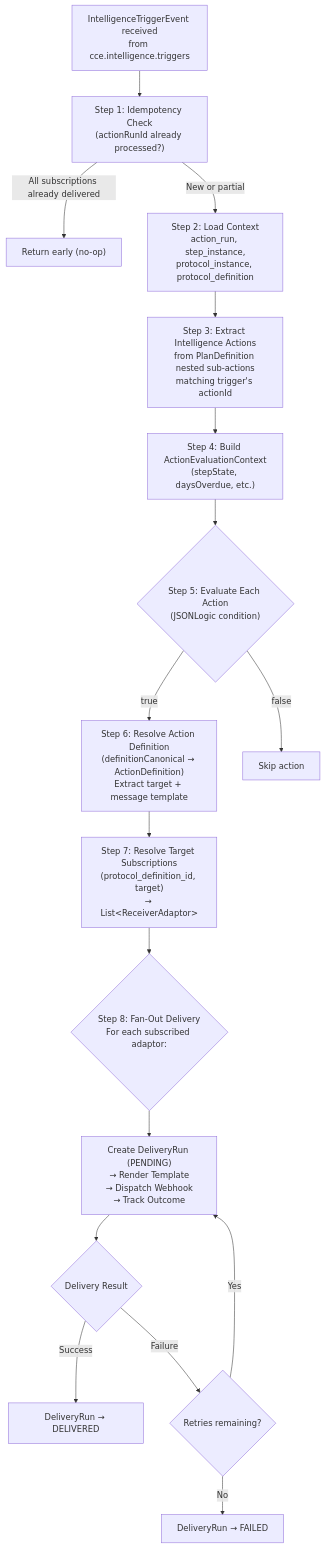
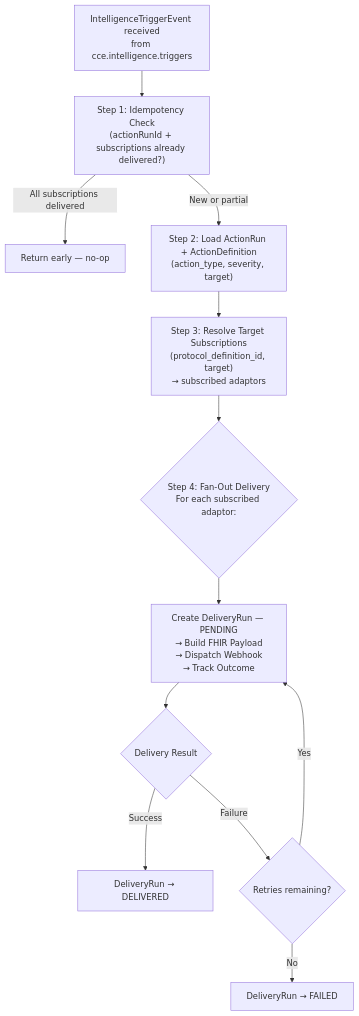
Before and after one commit to Jayaprakash8887/cce-intelligence-service: the third of 6 diagrams in docs/architecture-overview.md, drawn with Mermaid. The commit also changed other lines of this file and 3 other files, not shown here.

````diff
--- a/docs/architecture-overview.md
+++ b/docs/architecture-overview.md
@@ -248,34 +234,24 @@
 ```mermaid
 flowchart TD
     START["IntelligenceTriggerEvent received<br/>from cce.intelligence.triggers"] --> S1
 
-    S1["Step 1: Idempotency Check<br/>(actionRunId already processed?)"]
-    S1 -->|"All subscriptions already delivered"| DUP["Return early (no-op)"]
+    S1["Step 1: Idempotency Check<br/>(actionRunId + subscriptions already delivered?)"]
+    S1 -->|"All subscriptions delivered"| DUP["Return early — no-op"]
     S1 -->|"New or partial"| S2
 
-    S2["Step 2: Load Context<br/>action_run, step_instance,<br/>protocol_instance, protocol_definition"] --> S3
+    S2["Step 2: Load ActionRun + ActionDefinition<br/>(action_type, severity, target)"] --> S3
 
-    S3["Step 3: Extract Intelligence Actions<br/>from PlanDefinition nested sub-actions<br/>matching trigger's actionId"] --> S4
+    S3["Step 3: Resolve Target Subscriptions<br/>(protocol_definition_id, target)<br/>→ subscribed adaptors"] --> S4
 
-    S4["Step 4: Build ActionEvaluationContext<br/>(stepState, daysOverdue, etc.)"] --> S5
+    S4{"Step 4: Fan-Out Delivery<br/>For each subscribed adaptor:"}
+    S4 --> S5
 
-    S5{"Step 5: Evaluate Each Action<br/>(JSONLogic condition)"}
-    S5 -->|"true"| S6
-    S5 -->|"false"| SKIP["Skip action"]
+    S5["Create DeliveryRun — PENDING<br/>→ Build FHIR Payload<br/>→ Dispatch Webhook<br/>→ Track Outcome"]
+    S5 --> S6
 
-    S6["Step 6: Resolve Action Definition<br/>(definitionCanonical → ActionDefinition)<br/>Extract target + message template"] --> S7
-
-    S7["Step 7: Resolve Target Subscriptions<br/>(protocol_definition_id, target)<br/>→ List&lt;ReceiverAdaptor&gt;"] --> S8
-
-    S8{"Step 8: Fan-Out Delivery<br/>For each subscribed adaptor:"}
-    S8 --> S9
-
-    S9["Create DeliveryRun (PENDING)<br/>→ Render Template<br/>→ Dispatch Webhook<br/>→ Track Outcome"]
-    S9 --> S10
-
-    S10{"Delivery Result"}
-    S10 -->|"Success"| DELIVERED["DeliveryRun → DELIVERED"]
-    S10 -->|"Failure"| RETRY{"Retries remaining?"}
-    RETRY -->|"Yes"| S9
+    S6{"Delivery Result"}
+    S6 -->|"Success"| DELIVERED["DeliveryRun → DELIVERED"]
+    S6 -->|"Failure"| RETRY{"Retries remaining?"}
+    RETRY -->|"Yes"| S5
     RETRY -->|"No"| FAILED["DeliveryRun → FAILED"]
 ```
````
